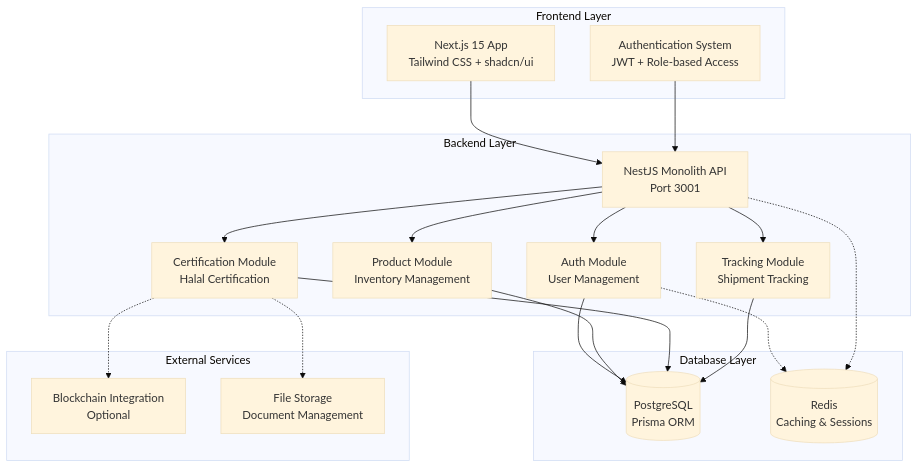
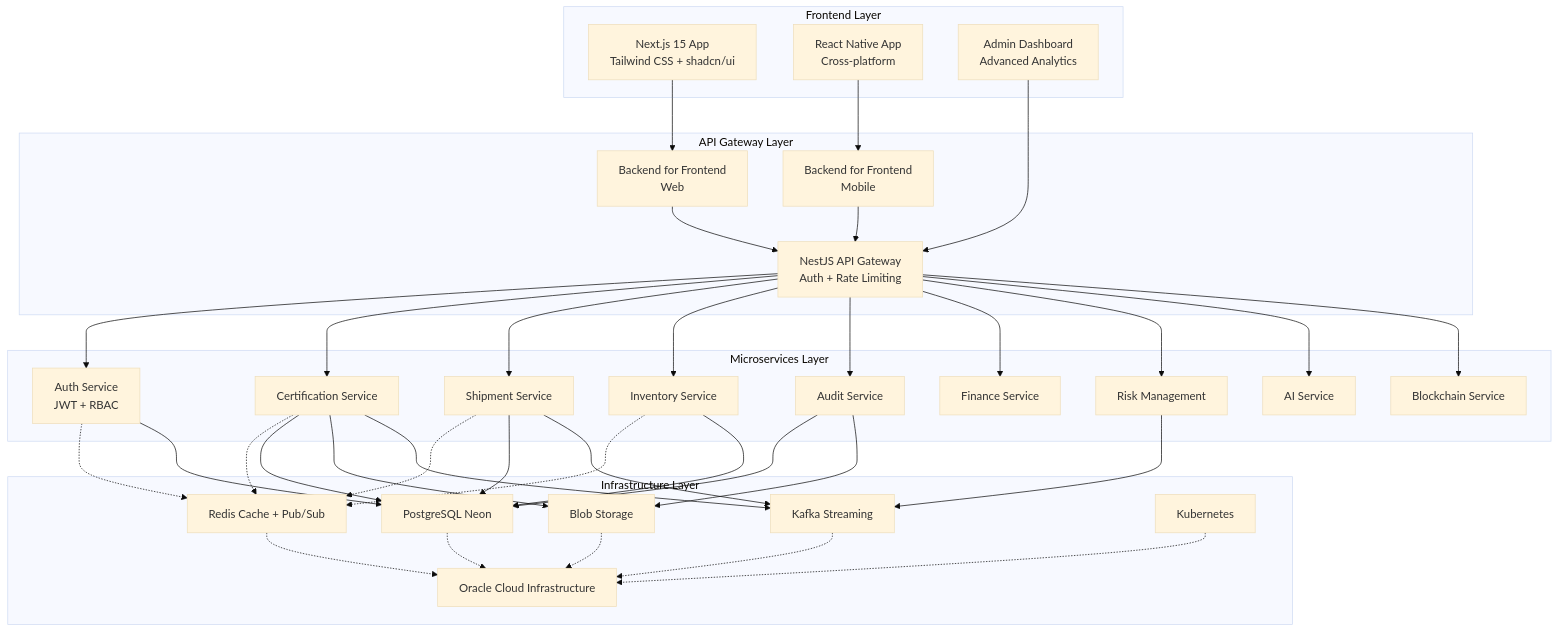
One commit to kk666679/Halal-Logistics changed the first of 2 diagrams in README.md. Above: the diagram before and after it, drawn with Mermaid (base theme). The commit also changed other lines of this file, not shown here.

First line of the commit message:
Revise README for microservices architecture and updates

````diff
--- a/README.md
+++ b/README.md
@@ -38,44 +41,75 @@
 ```mermaid
 flowchart TD
-  subgraph Frontend [Frontend Layer]
+  subgraph FrontendLayer [Frontend Layer]
     NextJS[Next.js 15 App\nTailwind CSS + shadcn/ui]
-    Auth[Authentication System\nJWT + Role-based Access]
+    Mobile[React Native App\nCross-platform]
+    AdminPanel[Admin Dashboard\nAdvanced Analytics]
   end
 
-  subgraph Backend [Backend Layer]
-    API[NestJS Monolith API\nPort 3001]
-    AuthModule[Auth Module\nUser Management]
-    ProductModule[Product Module\nInventory Management]
-    CertModule[Certification Module\nHalal Certification]
-    TrackingModule[Tracking Module\nShipment Tracking]
+  subgraph APIGateway [API Gateway Layer]
+    Gateway[NestJS API Gateway\nAuth + Rate Limiting]
+    BFF1[Backend for Frontend\nWeb]
+    BFF2[Backend for Frontend\nMobile]
   end
 
-  subgraph Database [Database Layer]
-    Postgres[(PostgreSQL\nPrisma ORM)]
-    Redis[(Redis\nCaching & Sessions)]
+  subgraph Microservices [Microservices Layer]
+    Auth[Auth Service\nJWT + RBAC]
+    Cert[Certification Service]
+    Ship[Shipment Service]
+    Inv[Inventory Service]
+    Audit[Audit Service]
+    Finance[Finance Service]
+    Risk[Risk Management]
+    AI[AI Service]
+    Blockchain[Blockchain Service]
   end
 
-  subgraph External [External Services]
-    Blockchain[Blockchain Integration\nOptional]
-    FileStorage[File Storage\nDocument Management]
+  subgraph Infrastructure [Infrastructure Layer]
+    Redis[Redis Cache + Pub/Sub]
+    Postgres[PostgreSQL Neon]
+    Blob[Blob Storage]
+    Kafka[Kafka Streaming]
+    K8s[Kubernetes]
+    OCI[Oracle Cloud Infrastructure]
   end
 
-  NextJS --> API
-  Auth --> API
+  NextJS --> BFF1
+  Mobile --> BFF2
+  AdminPanel --> Gateway
+  BFF1 --> Gateway
+  BFF2 --> Gateway
 
-  API --> AuthModule
-  API --> ProductModule
-  API --> CertModule
-  API --> TrackingModule
+  Gateway --> Auth
+  Gateway --> Cert
+  Gateway --> Ship
+  Gateway --> Inv
+  Gateway --> Audit
+  Gateway --> Finance
+  Gateway --> Risk
+  Gateway --> AI
+  Gateway --> Blockchain
 
-  AuthModule --> Postgres
-  ProductModule --> Postgres
-  CertModule --> Postgres
-  TrackingModule --> Postgres
+  Auth -.-> Redis
+  Cert -.-> Redis
+  Ship -.-> Redis
+  Inv -.-> Redis
 
-  AuthModule -.-> Redis
-  API -.-> Redis
+  Auth --> Postgres
+  Cert --> Postgres
+  Ship --> Postgres
+  Inv --> Postgres
+  Audit --> Postgres
 
-  CertModule -.-> FileStorage
-  CertModule -.-> Blockchain
+  Cert --> Blob
+  Audit --> Blob
+
+  Cert --> Kafka
+  Ship --> Kafka
+  Risk --> Kafka
+
+  Postgres -.-> OCI
+  Redis -.-> OCI
+  Blob -.-> OCI
+  Kafka -.-> OCI
+  K8s -.-> OCI
 ```
````
